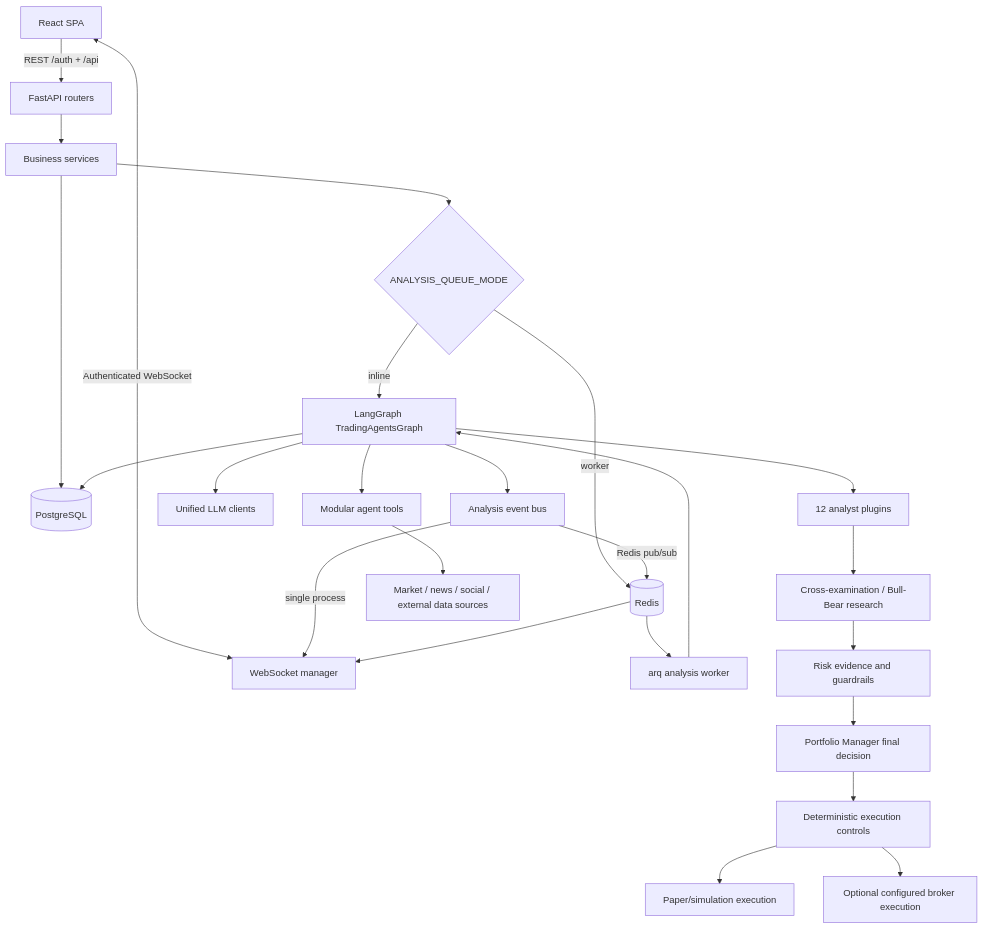
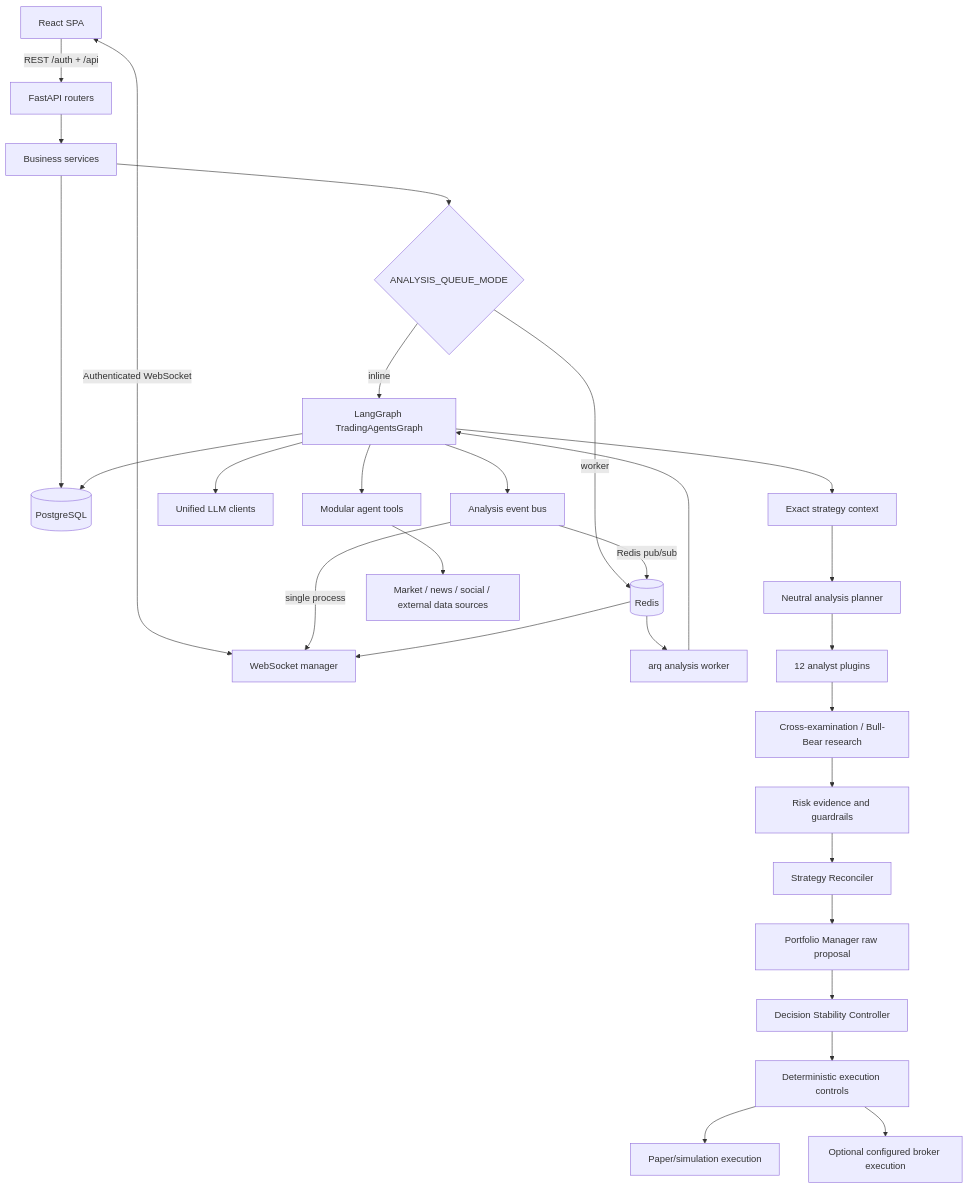
The diagram in docs/architecture/overview.md (JustSadY/TradingAgents), drawn with Mermaid before and after one commit. The commit also changed other lines of this file and 73 other files, not shown here.

Commit message:
Add strategy continuity controls

````diff
--- a/docs/architecture/overview.md
+++ b/docs/architecture/overview.md
@@ -9,33 +9,37 @@
 ```mermaid
 graph TD
     Browser[React SPA] -->|REST /auth + /api| API[FastAPI routers]
     Browser <-->|Authenticated WebSocket| WS[WebSocket manager]
 
     API --> Services[Business services]
     Services --> DB[(PostgreSQL)]
     Services --> Queue{ANALYSIS_QUEUE_MODE}
 
     Queue -->|inline| Graph[LangGraph TradingAgentsGraph]
     Queue -->|worker| Redis[(Redis)]
     Redis --> Worker[arq analysis worker]
     Worker --> Graph
 
-    Graph --> Analysts[12 analyst plugins]
+    Graph --> StrategyContext[Exact strategy context]
+    StrategyContext --> Planner[Neutral analysis planner]
+    Planner --> Analysts[12 analyst plugins]
     Analysts --> Research[Cross-examination / Bull-Bear research]
     Research --> Risk[Risk evidence and guardrails]
-    Risk --> PM[Portfolio Manager final decision]
+    Risk --> Reconciler[Strategy Reconciler]
+    Reconciler --> PM[Portfolio Manager raw proposal]
+    PM --> Stability[Decision Stability Controller]
 
     Graph --> LLM[Unified LLM clients]
     Graph --> Tools[Modular agent tools]
     Tools --> Vendors[Market / news / social / external data sources]
 
     Graph --> DB
     Graph --> Events[Analysis event bus]
     Events -->|single process| WS
     Events -->|Redis pub/sub| Redis
     Redis --> WS
 
-    PM --> Controls[Deterministic execution controls]
+    Stability --> Controls[Deterministic execution controls]
     Controls --> Paper[Paper/simulation execution]
     Controls --> Broker[Optional configured broker execution]
 ```
````
